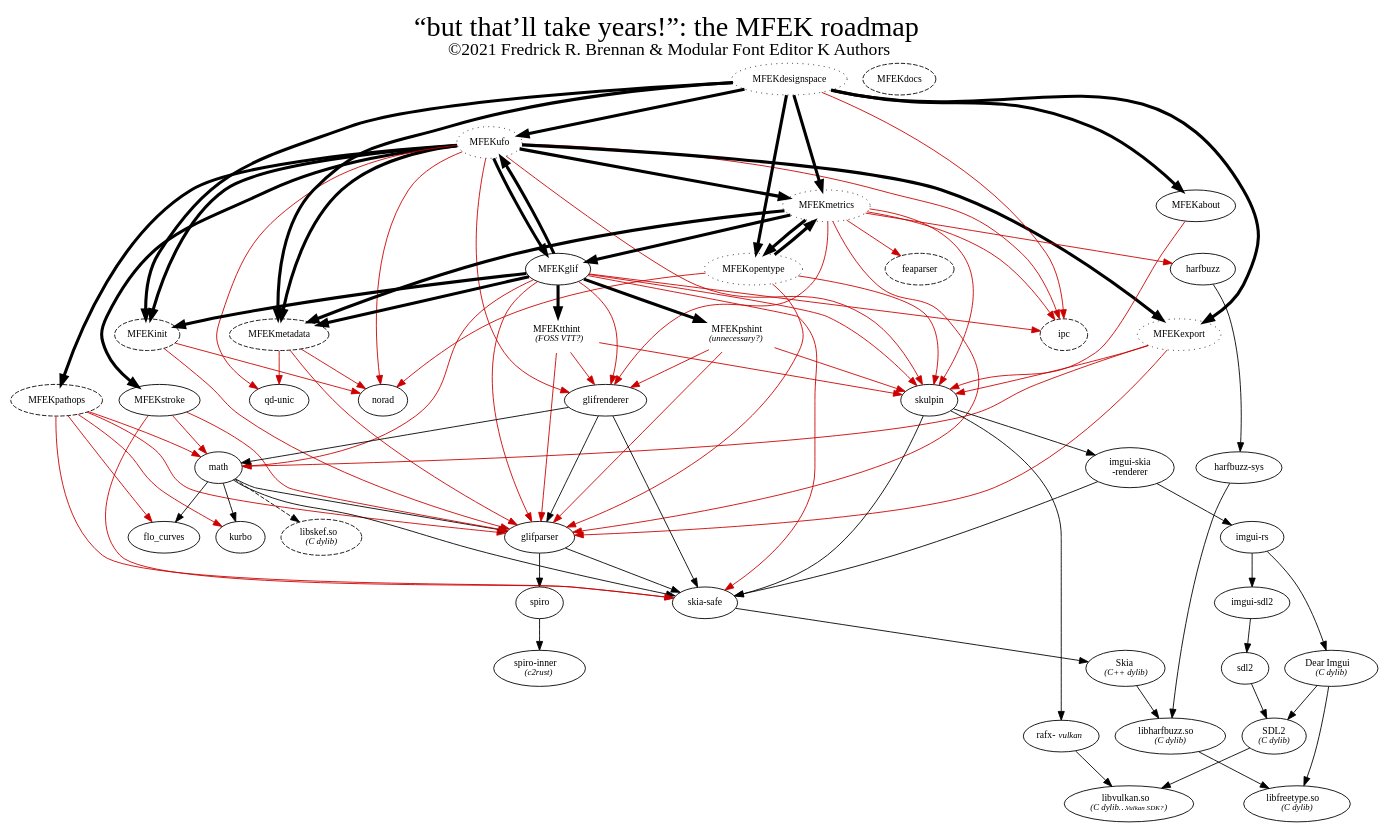
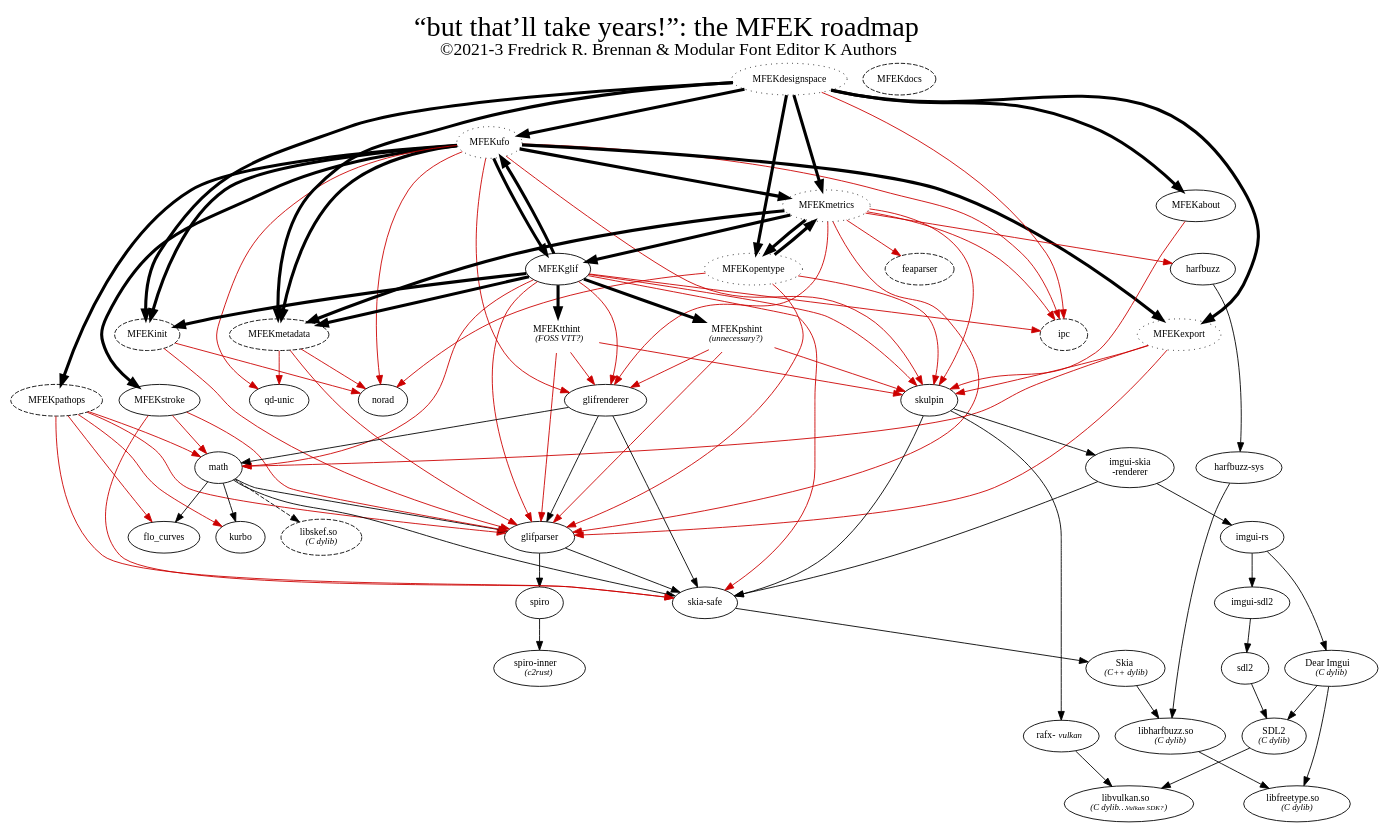
Before and after one commit to MFEK/docs: the diagram in roadmap/graph.dot, drawn with Graphviz. The commit also changed 2 other files, not shown here.

Commit message:
[roadmap] ©2021 → ©2021-3

```diff
--- a/roadmap/graph.dot
+++ b/roadmap/graph.dot
@@ -1,131 +1,131 @@
 digraph G {
  graph [fontname = "Nimbus-Roman", fontsize=11];
  node [fontname = "Nimbus-Roman", fontsize=11];
  edge [fontname = "Nimbus-Roman", style=solid, fontsize=11];
 MFEKinit[style=dashed];
 ipc[style=dashed];
 feaparser[style=dashed];
 MFEKmetadata[style=dashed];
 MFEKufo[style=dotted];
 MFEKdesignspace[style=dotted];
 MFEKpathops[style=dashed];
 MFEKopentype[style=dotted];
 MFEKmetrics[style=dotted];
 MFEKexport[style=dotted];
 MFEKtthint[penwidth=0];
 MFEKpshint[penwidth=0];
 
 spiroinner[label=<<FONT>spiro-inner</FONT><BR/><FONT POINT-SIZE="10"><I>(c2rust)</I></FONT>>]; //rlib
 skef[label=<<FONT>libskef.so</FONT><BR/><FONT POINT-SIZE="10"><I>(C dylib)</I></FONT>>, style=dashed];
 skiacpp[label=<<FONT>Skia</FONT><BR/><FONT POINT-SIZE="10"><I>(C++ dylib)</I></FONT>>];
 imgui[label=<<FONT>Dear Imgui</FONT><BR/><FONT POINT-SIZE="10"><I>(C dylib)</I></FONT>>];
 freetype2[label=<<FONT>libfreetype.so</FONT><BR/><FONT POINT-SIZE="10"><I>(C dylib)</I></FONT>>];
 SDL2[label=<<FONT>SDL2</FONT><BR/><FONT POINT-SIZE="10"><I>(C dylib)</I></FONT>>];
 HarfBuzz[label=<<FONT>libharfbuzz.so</FONT><BR/><FONT POINT-SIZE="10"><I>(C dylib)</I></FONT>>];
 rafxvulkan[label=<rafx-<FONT POINT-SIZE="10"><I>vulkan</I></FONT>>]; //rlib
 vulkan[label=<<FONT>libvulkan.so</FONT><BR/><FONT POINT-SIZE="10"><I>(C dylib…<FONT POINT-SIZE="8">Vulkan SDK?</FONT>)</I></FONT>>];
 MFEKtthint[label=<<FONT>MFEKtthint</FONT><BR/><FONT POINT-SIZE="10"><I>(FOSS VTT?)</I></FONT>>];
 MFEKpshint[label=<<FONT>MFEKpshint</FONT><BR/><FONT POINT-SIZE="10"><I>(unnecessary?)</I></FONT>>];
 "math" -> "skia-safe"; //rlib
 "skia-safe" -> skiacpp; //rlib
 "glifparser" -> "skia-safe";
 "math" -> "glifparser"; //rlib
 "math" -> "kurbo"; //rlib
 "math" -> "flo_curves"; //rlib
 "math" -> skef [style=dashed];
 "MFEKpathops" -> "math" [color="#cc0000"]; //rlib
 "MFEKstroke" -> "math" [color="#cc0000"]; //rlib
 "MFEKglif" -> "math" [color="#cc0000"]; //rlib
 "MFEKglif" -> "MFEKmetadata" [penwidth=3.5];
 "MFEKpathops" -> "glifparser" [color="#cc0000"]; //rlib
 "MFEKstroke" -> "glifparser" [color="#cc0000"]; //rlib
 "MFEKglif" -> "glifparser" [color="#cc0000"]; //rlib
 "MFEKinit" -> "glifparser" [color="#cc0000"]; //rlib
 "MFEKufo" -> "MFEKinit" [penwidth=3.5];
 "MFEKufo" -> "MFEKglif" [penwidth=3.5];
 "MFEKglif" -> "MFEKufo" [penwidth=3.5];
 "MFEKglif" -> "ipc" [color="#cc0000"]; //rlib
 "MFEKufo" -> "ipc" [color="#cc0000"]; //rlib
 "MFEKufo" -> "qd-unic" [color="#cc0000"]; //rlib
 "MFEKmetadata" -> "qd-unic" [color="#cc0000"]; //rlib
 "MFEKmetadata" -> "glifparser" [color="#cc0000"]; //rlib
 "MFEKpathops" -> "flo_curves" [color="#cc0000"]; //rlib
 "glifrenderer" -> "glifparser"; //rlib
 "glifrenderer" -> "math"; //rlib
 "glifrenderer" -> "skia-safe"; //rlib
 "MFEKufo" -> "norad" [color="#cc0000"]; //rlib
 "MFEKmetadata" -> "norad" [color="#cc0000"]; //rlib
 "MFEKinit" -> "norad" [color="#cc0000"]; //rlib
 "MFEKstroke" -> "skia-safe" [color="#cc0000"]; //rlib
 "MFEKglif" -> "skia-safe" [color="#cc0000"]; //rlib
 "MFEKpathops" -> "skia-safe" [color="#cc0000"]; //rlib
 "MFEKpathops" -> "kurbo" [color="#cc0000"]; //rlib
 "imgui-skia\n-renderer" -> "skia-safe"; //rlib
 "MFEKglif" -> "MFEKinit" [penwidth=3.5];
 "MFEKufo" -> "MFEKstroke" [penwidth=3.5];
 "MFEKufo" -> "MFEKmetadata" [penwidth=3.5];
 "MFEKufo" -> "MFEKpathops" [penwidth=3.5];
 "MFEKglif" -> "glifrenderer" [color="#cc0000"]; //rlib
 "MFEKufo" -> "glifrenderer" [color="#cc0000"]; //rlib
 "MFEKglif" -> "skulpin" [color="#cc0000"]; //rlib
 "MFEKufo" -> "skulpin" [color="#cc0000"]; //rlib
 "imgui-skia\n-renderer" -> "imgui-rs"; //rlib
 "skulpin" -> "imgui-skia\n-renderer"; //rlib
 "skulpin" -> "skia-safe"; //rlib
 "skulpin" -> rafxvulkan -> vulkan; //rlib
 "sdl2" -> SDL2; //rlib
 "imgui-rs" -> imgui; //rlib
 "imgui-rs" -> "imgui-sdl2";
 "imgui-sdl2" -> "sdl2";
 imgui -> SDL2 -> vulkan;
 imgui -> freetype2;
 //"MFEKufo" -> "MFEKabout" [penwidth=3.5];
 "MFEKabout";// -> "imgui-skia\n-renderer"; //rlib
 "glifparser" -> "spiro"; //rlib
 spiro;
 spiro -> spiroinner; //rlib
 "MFEKmetrics" -> "skulpin" [color="#cc0000"]; //rlib
 "MFEKmetrics" -> "harfbuzz" [color="#cc0000"]; //rlib
 "harfbuzz" -> "harfbuzz-sys" -> HarfBuzz;
 "MFEKmetrics" -> "MFEKmetadata" [penwidth=3.5];
 "MFEKmetrics" -> "MFEKopentype" [penwidth=3.5];
 "MFEKopentype" -> "MFEKmetrics" [penwidth=3.5];
 "MFEKmetrics" -> "glifrenderer" [color="#cc0000"]; //rlib
 skiacpp -> HarfBuzz;
 HarfBuzz -> freetype2; //rlib
 "MFEKmetrics" -> "glifparser" [color="#cc0000"]; //rlib
 "MFEKmetrics" -> "feaparser" [color="#cc0000"]; //rlib
 "MFEKmetrics" -> "ipc" [color="#cc0000"]; //rlib
 "MFEKdesignspace" -> "MFEKufo" [penwidth=3.5];
 "MFEKdesignspace" -> "MFEKabout" [penwidth=3.5];
 "MFEKdesignspace" -> "MFEKinit" [penwidth=3.5];
 "MFEKdesignspace" -> "MFEKmetadata" [penwidth=3.5];
 "MFEKdesignspace" -> "ipc" [color="#cc0000"]; //rlib
 "MFEKdesignspace" -> "MFEKmetrics" [penwidth=3.5];
 "MFEKdocs" [style=dashed];
 "MFEKabout" -> "skulpin" [color="#cc0000"]; //rlib
 "MFEKopentype" -> "skulpin" [color="#cc0000"]; //rlib
 "MFEKopentype" -> "norad" [color="#cc0000"]; //rlib
 "MFEKopentype" -> "glifparser" [color="#cc0000"]; //rlib
 "MFEKufo" -> "MFEKexport" [penwidth=3.5];
 "MFEKufo" -> "MFEKmetrics" [penwidth=3.5];
 "MFEKmetrics" -> "MFEKglif" [penwidth=3.5];
 "MFEKdesignspace" -> "MFEKexport" [penwidth=3.5];
 "MFEKdesignspace" -> "MFEKopentype" [penwidth=3.5];
 "MFEKexport" -> "glifparser" [color="#cc0000"]; //rlib
 "MFEKexport" -> "math" [color="#cc0000"]; //rlib
 "MFEKexport" -> "skulpin" [color="#cc0000"]; //rlib
 
 MFEKtthint -> "skulpin" [color="#cc0000"]; //rlib
 MFEKpshint -> "skulpin" [color="#cc0000"]; //rlib
 MFEKtthint -> "glifparser" [color="#cc0000"]; //rlib
 MFEKpshint -> "glifparser" [color="#cc0000"]; //rlib
 MFEKtthint -> "glifrenderer" [color="#cc0000"]; //rlib
 MFEKpshint -> "glifrenderer" [color="#cc0000"]; //rlib
 "MFEKglif" -> MFEKtthint [penwidth=3.5];
 "MFEKglif" -> MFEKpshint [penwidth=3.5];
 
 labelloc="t"
 fontsize=32
-label=<“but that’ll take years!”: the MFEK roadmap<BR/><FONT POINT-SIZE="20">©2021 Fredrick R. Brennan &amp; Modular Font Editor K Authors</FONT>>
+label=<“but that’ll take years!”: the MFEK roadmap<BR/><FONT POINT-SIZE="20">©2021-3 Fredrick R. Brennan &amp; Modular Font Editor K Authors</FONT>>
 }
```
